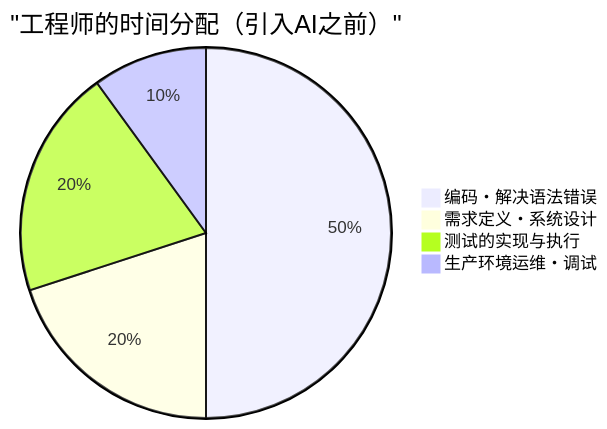
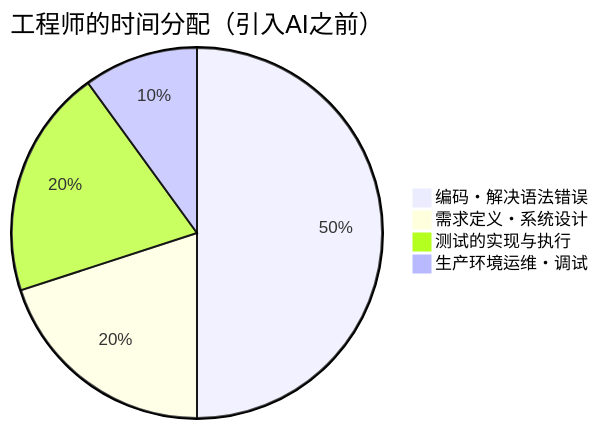
One commit to kenjinote/blog changed the third of 4 diagrams in content/post/human_engineer_skills/index.zh-cn.md. Above: the diagram before and after it, drawn with Mermaid. The commit also changed other lines of this file and 703 other files, not shown here.

Commit message:
Fix: Remove quotes from Mermaid link texts and timeline definitions to support Mermaid 11.4.1

````diff
--- a/content/post/human_engineer_skills/index.zh-cn.md
+++ b/content/post/human_engineer_skills/index.zh-cn.md
@@ -182,7 +182,7 @@
 ```mermaid
-pie title "工程师的时间分配（引入AI之前）"
+pie title 工程师的时间分配（引入AI之前）
   "编码・解决语法错误": 50
   "需求定义・系统设计": 20
   "测试的实现与执行": 20
   "生产环境运维・调试": 10
 ```
````
